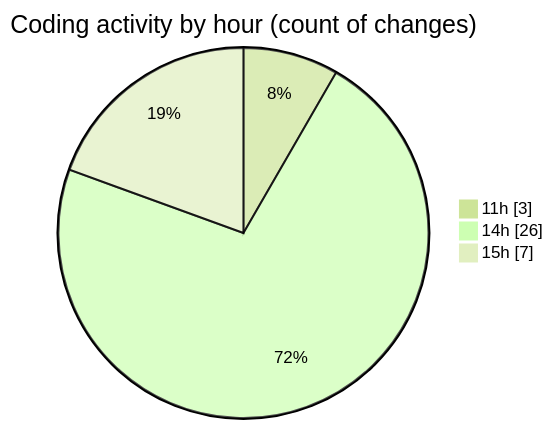
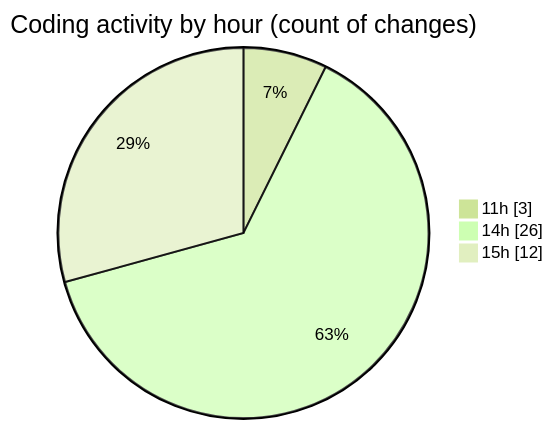
The second of 2 diagrams in 2025-04-30/masm-lsp/README.md (charlie-sans/code-tracking), drawn with Mermaid (forest theme) before and after one commit. The commit also changed other lines of this file and 1 other file, not shown here.

````diff
--- a/2025-04-30/masm-lsp/README.md
+++ b/2025-04-30/masm-lsp/README.md
@@ -31,7 +32,7 @@
 ```mermaid
 pie showData
 title Coding activity by hour (count of changes)
 "11h" : 3
 "14h" : 26
-"15h" : 7
+"15h" : 12
 ```
````
